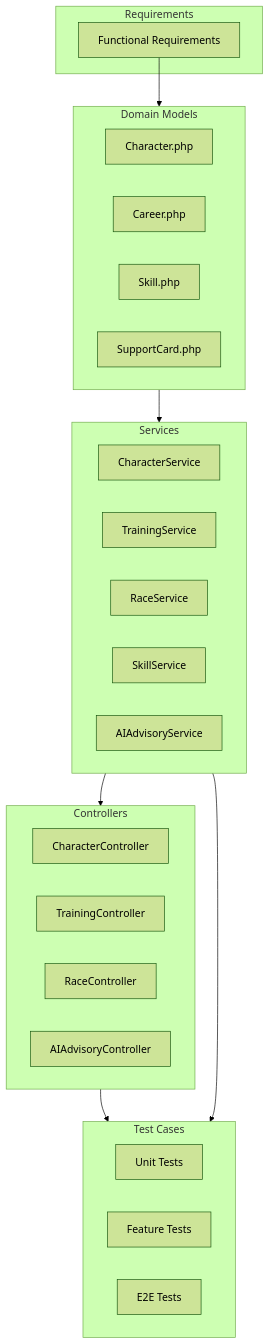
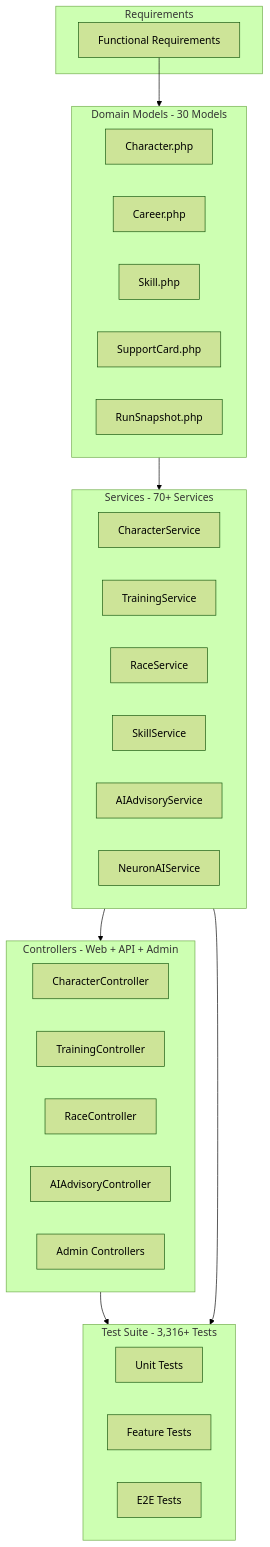
One commit to exatfrds67/umamusume-career-planner changed the sixth of 11 diagrams in docs/00-core-docs/000_REQUIREMENTS_TRACEABILITY_MATRIX.md. Above: the diagram before and after it, drawn with Mermaid (forest theme). The commit also changed other lines of this file and 111 other files, not shown here.

````diff
--- a/docs/00-core-docs/000_REQUIREMENTS_TRACEABILITY_MATRIX.md
+++ b/docs/00-core-docs/000_REQUIREMENTS_TRACEABILITY_MATRIX.md
@@ -335,40 +335,43 @@
 ```mermaid
 flowchart TD
     subgraph Requirements[Requirements]
         FR[Functional Requirements]
     end
     
-    subgraph Models[Domain Models]
+    subgraph Models[Domain Models - 30 Models]
         Character[Character.php]
         Career[Career.php]
         Skill[Skill.php]
         SupportCard[SupportCard.php]
+        RunSnapshot[RunSnapshot.php]
     end
     
-    subgraph Services[Services]
+    subgraph Services[Services - 70+ Services]
         CharSvc[CharacterService]
         TrainSvc[TrainingService]
         RaceSvc[RaceService]
         SkillSvc[SkillService]
         AISvc[AIAdvisoryService]
+        NeuronSvc[NeuronAIService]
     end
     
-    subgraph Controllers[Controllers]
+    subgraph Controllers[Controllers - Web + API + Admin]
         CharCtrl[CharacterController]
         TrainCtrl[TrainingController]
         RaceCtrl[RaceController]
         AICtrl[AIAdvisoryController]
+        AdminCtrl[Admin Controllers]
     end
     
-    subgraph Tests[Test Cases]
+    subgraph Tests[Test Suite - 3,316+ Tests]
         UnitTests[Unit Tests]
         FeatureTests[Feature Tests]
         E2ETests[E2E Tests]
     end
     
     FR --> Models
     Models --> Services
     Services --> Controllers
     Controllers --> Tests
     Services --> Tests
 ```
````
